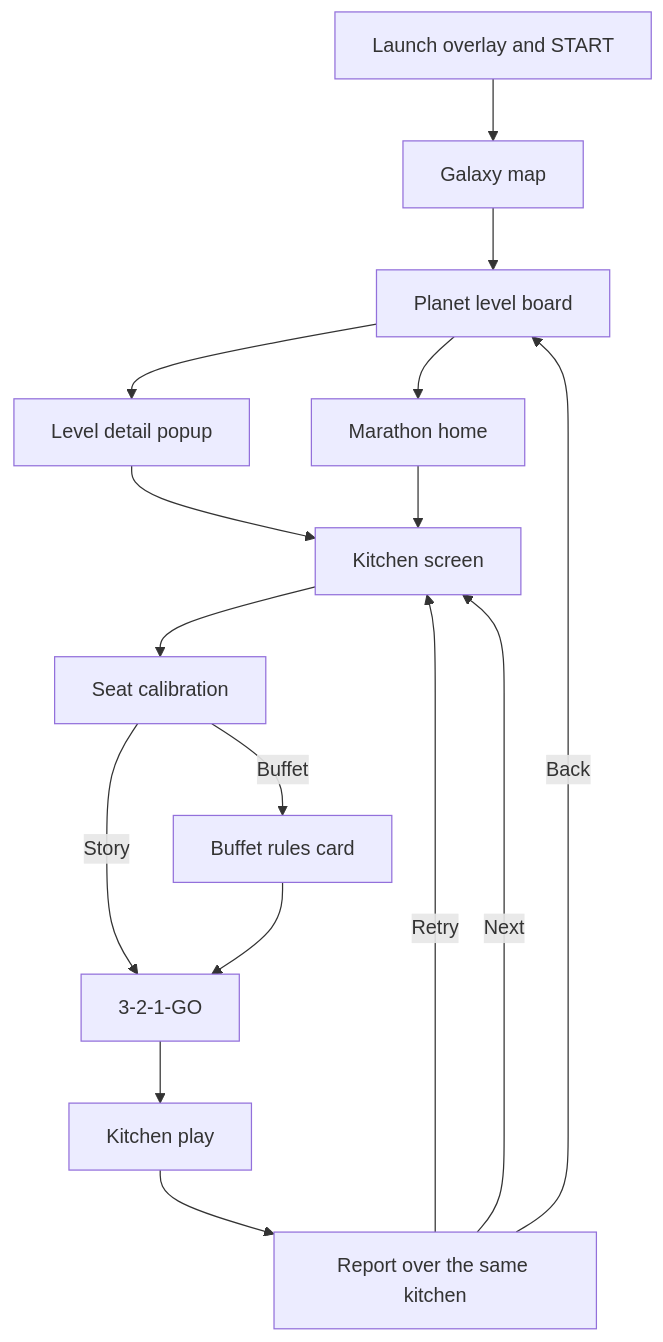
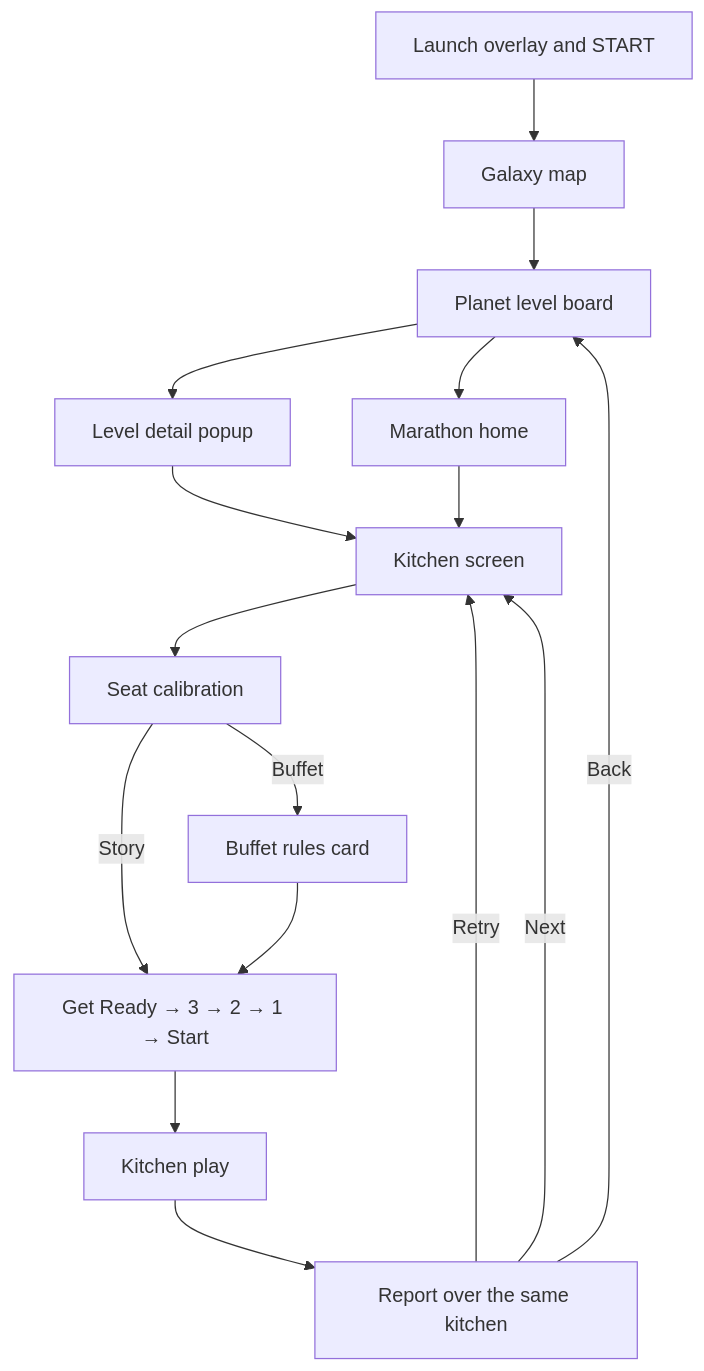
One commit to kykyramadhani/playfeat changed the diagram in docs/systems/10-menus-and-navigation.md. Above: the diagram before and after it, drawn with Mermaid. The commit also changed 15 other files, not shown here.

First line of the commit message:
Draw the get-ready countdown from artwork: Get Ready, 3, 2, 1, Start

````diff
--- a/docs/systems/10-menus-and-navigation.md
+++ b/docs/systems/10-menus-and-navigation.md
@@ -11,18 +11,18 @@
 ```mermaid
 flowchart TD
     Launch[Launch overlay and START] --> Galaxy[Galaxy map]
     Galaxy --> Board[Planet level board]
     Board --> Detail[Level detail popup]
     Detail --> Kitchen[Kitchen screen]
     Kitchen --> Calibration[Seat calibration]
-    Calibration -->|Story| Countdown[3-2-1-GO]
+    Calibration -->|Story| Countdown[Get Ready → 3 → 2 → 1 → Start]
     Calibration -->|Buffet| Rules[Buffet rules card]
     Rules --> Countdown
     Countdown --> Play[Kitchen play]
     Play --> Report[Report over the same kitchen]
     Report -->|Back| Board
     Report -->|Retry| Kitchen
     Report -->|Next| Kitchen
     Board --> Marathon[Marathon home]
     Marathon --> Kitchen
 ```
````
